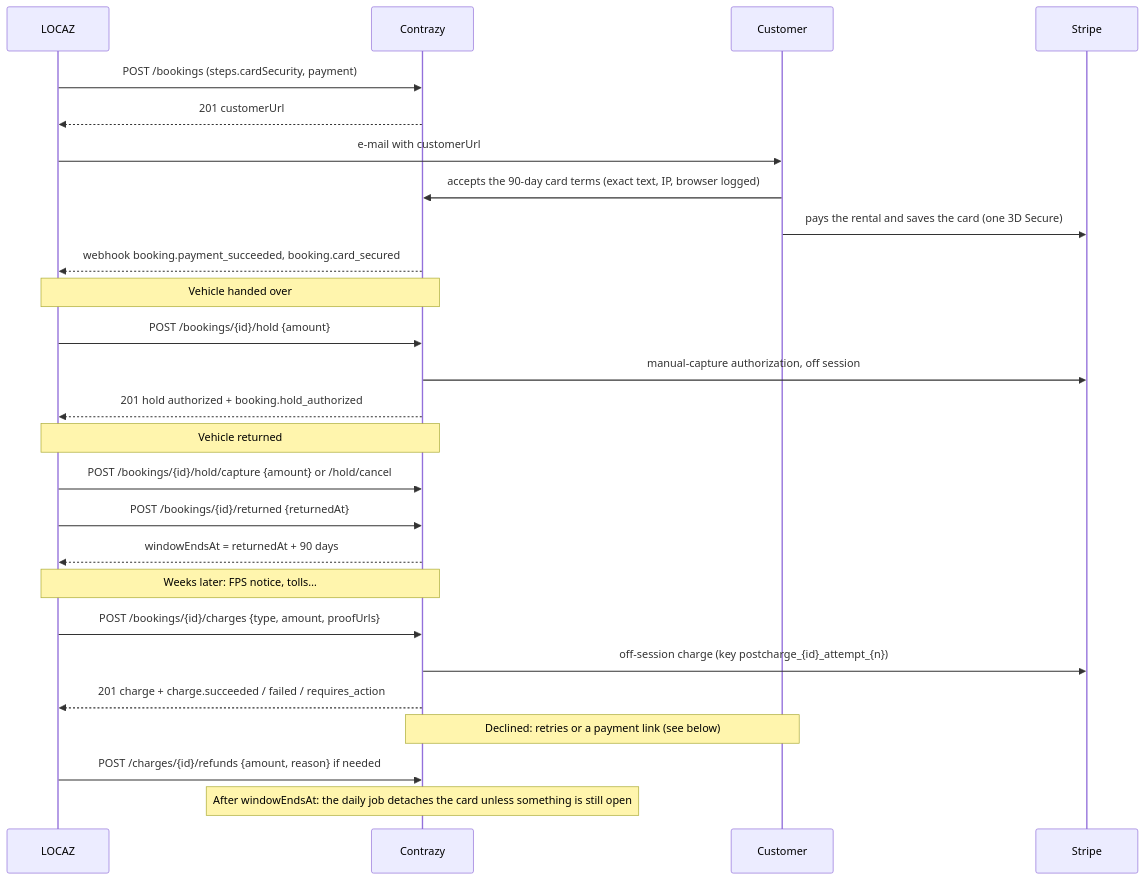
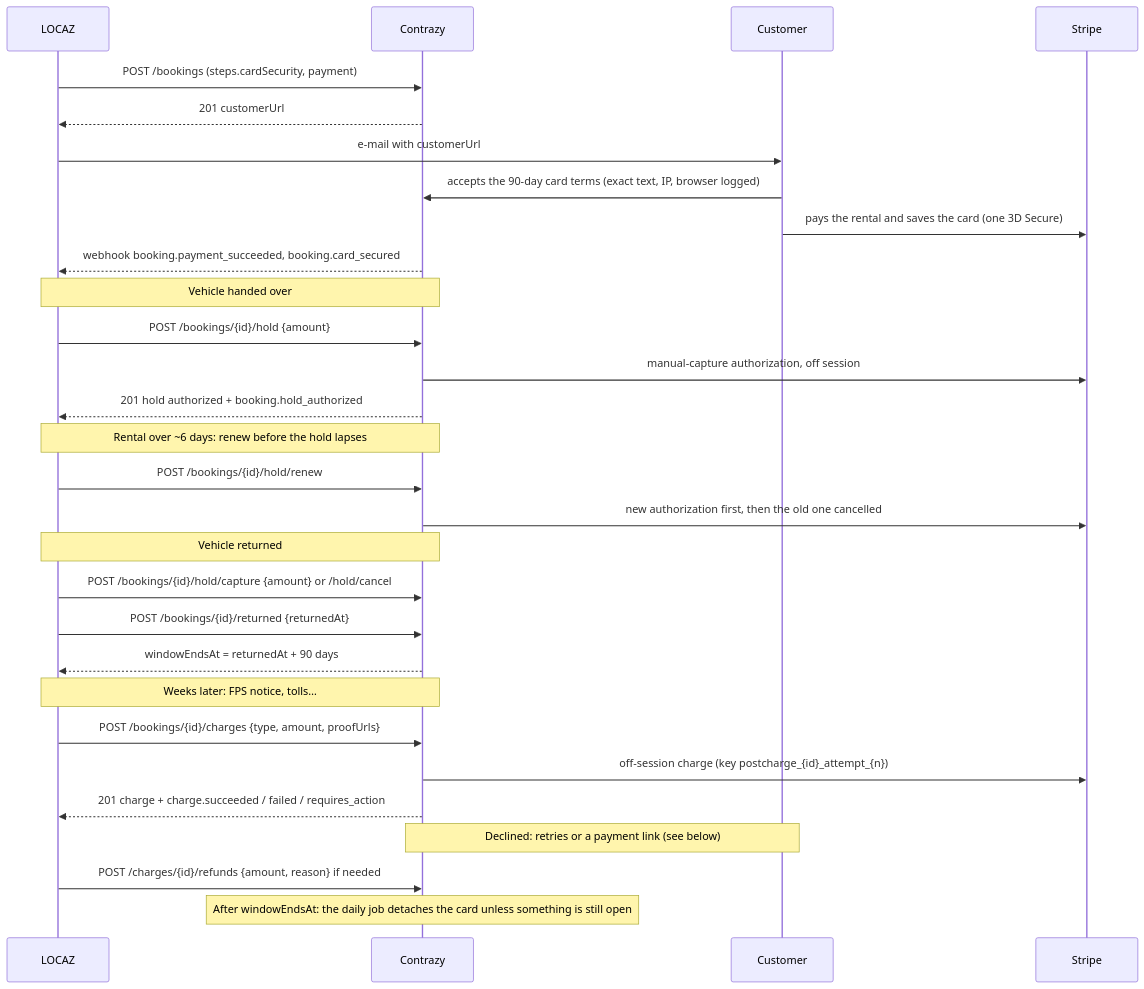
One commit to landri81/contrazy.github.io changed the diagram in docs/partner-api/README.md. Above: the diagram before and after it, drawn with Mermaid. The commit also changed other lines of this file and 6 other files, not shown here.

Commit message:
Partner API: renew the pickup hold before it lapses (new hold first, then the old one released)

````diff
--- a/docs/partner-api/README.md
+++ b/docs/partner-api/README.md
@@ -164,28 +164,31 @@
 ```mermaid
 sequenceDiagram
     participant L as LOCAZ
     participant C as Contrazy
     participant U as Customer
     participant S as Stripe
     L->>C: POST /bookings (steps.cardSecurity, payment)
     C-->>L: 201 customerUrl
     L->>U: e-mail with customerUrl
     U->>C: accepts the 90-day card terms (exact text, IP, browser logged)
     U->>S: pays the rental and saves the card (one 3D Secure)
     C-->>L: webhook booking.payment_succeeded, booking.card_secured
     Note over L,C: Vehicle handed over
     L->>C: POST /bookings/{id}/hold {amount}
     C->>S: manual-capture authorization, off session
     C-->>L: 201 hold authorized + booking.hold_authorized
+    Note over L,C: Rental over ~6 days: renew before the hold lapses
+    L->>C: POST /bookings/{id}/hold/renew
+    C->>S: new authorization first, then the old one cancelled
     Note over L,C: Vehicle returned
     L->>C: POST /bookings/{id}/hold/capture {amount} or /hold/cancel
     L->>C: POST /bookings/{id}/returned {returnedAt}
     C-->>L: windowEndsAt = returnedAt + 90 days
     Note over L,C: Weeks later: FPS notice, tolls…
     L->>C: POST /bookings/{id}/charges {type, amount, proofUrls}
     C->>S: off-session charge (key postcharge_{id}_attempt_{n})
     C-->>L: 201 charge + charge.succeeded / failed / requires_action
     Note over C,U: Declined: retries or a payment link (see below)
     L->>C: POST /charges/{id}/refunds {amount, reason} if needed
     Note over C: After windowEndsAt: the daily job detaches the card unless something is still open
 ```
````
